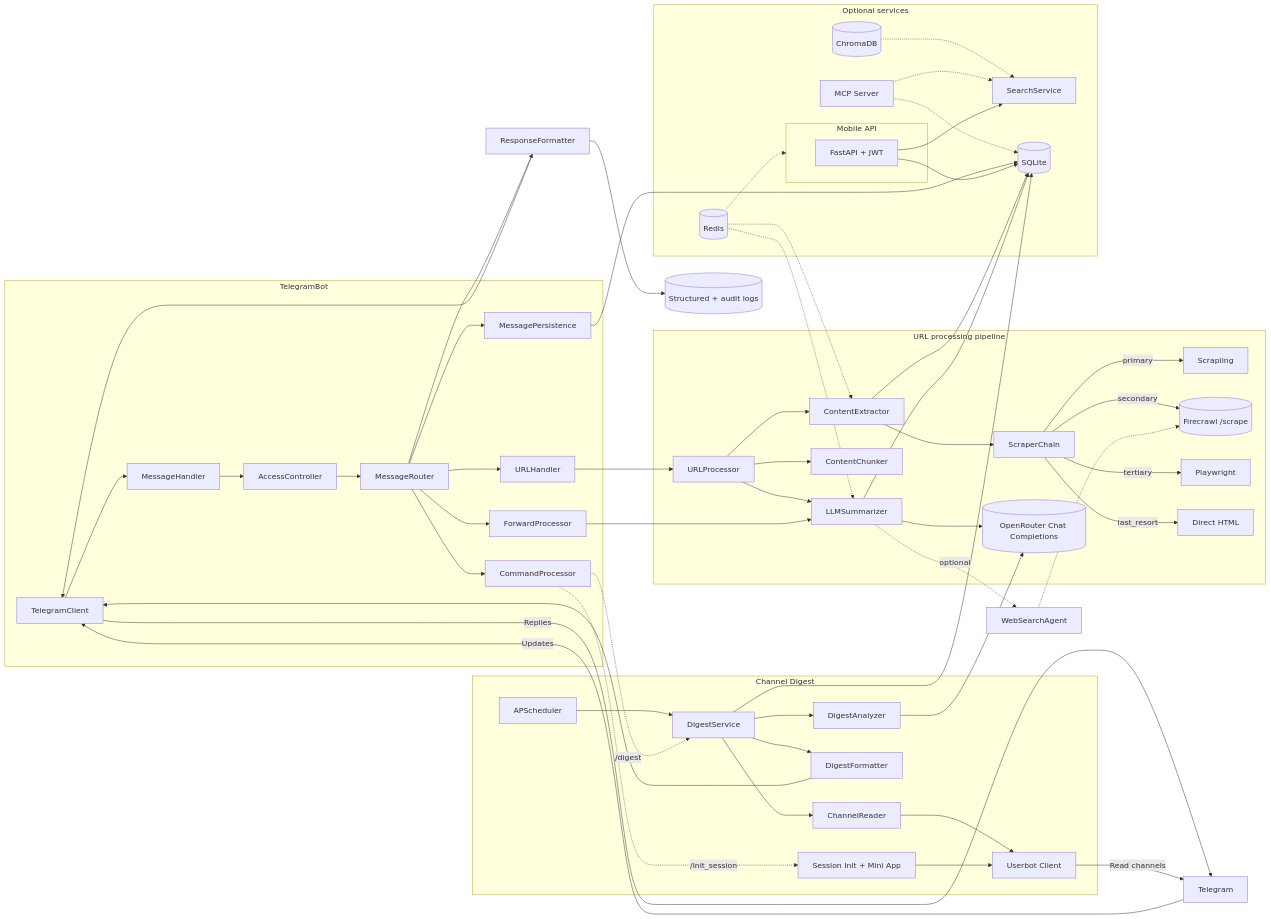
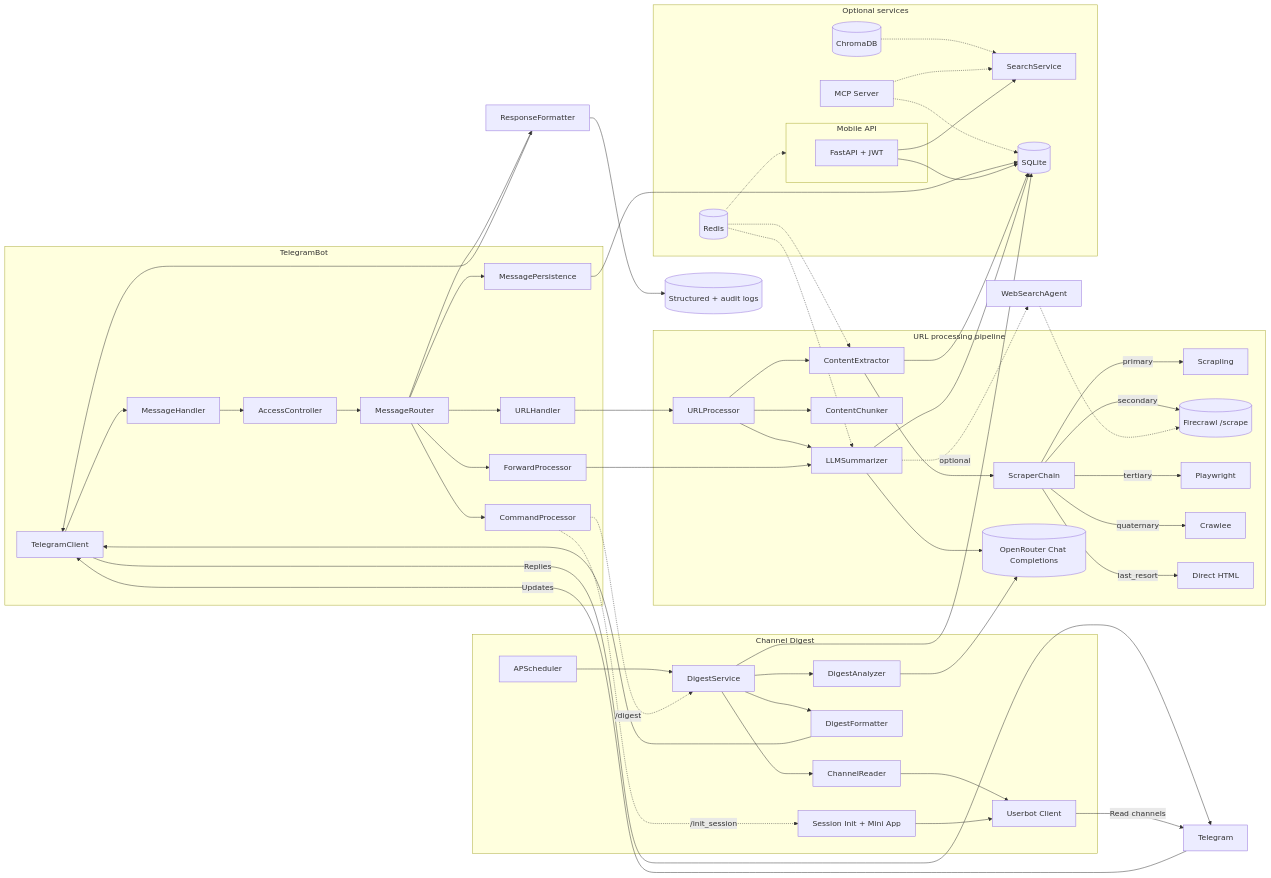
Before and after one commit to po4yka/bite-size-reader: the diagram in README.md, drawn with Mermaid. The commit also changed other lines of this file and 16 other files, not shown here.

Commit message:
feat(scraper): add crawlee hybrid fallback before direct_html

````diff
--- a/README.md
+++ b/README.md
@@ -63,66 +63,67 @@
 ```mermaid
 flowchart LR
   subgraph TelegramBot
     TGClient[TelegramClient] --> MsgHandler[MessageHandler]
     MsgHandler --> AccessController
     AccessController --> MessageRouter
     MessageRouter --> CommandProcessor
     MessageRouter --> URLHandler
     MessageRouter --> ForwardProcessor
     MessageRouter --> MessagePersistence
   end
 
   subgraph URLPipeline[URL processing pipeline]
     URLHandler --> URLProcessor
     URLProcessor --> ContentExtractor
     ContentExtractor --> ScraperChain[ScraperChain]
     ScraperChain -->|primary| Scrapling[Scrapling]
     ScraperChain -->|secondary| Firecrawl[(Firecrawl /scrape)]
     ScraperChain -->|tertiary| Playwright[Playwright]
+    ScraperChain -->|quaternary| Crawlee[Crawlee]
     ScraperChain -->|last_resort| DirectHTML[Direct HTML]
     URLProcessor --> ContentChunker
     URLProcessor --> LLMSummarizer
     LLMSummarizer --> OpenRouter[(OpenRouter Chat Completions)]
   end
 
   subgraph DigestPipeline[Channel Digest]
     Scheduler[APScheduler] --> DigestService
     CommandProcessor -.->|/digest| DigestService
     DigestService --> ChannelReader
     ChannelReader --> UserbotClient[Userbot Client]
     DigestService --> DigestAnalyzer
     DigestAnalyzer --> OpenRouter
     DigestService --> DigestFormatter
     DigestFormatter --> TGClient
     CommandProcessor -.->|/init_session| SessionInit[Session Init + Mini App]
     SessionInit --> UserbotClient
   end
 
   subgraph OptionalServices[Optional services]
     Redis[(Redis)] -.-> ContentExtractor
     Redis -.-> LLMSummarizer
     Redis -.-> MobileAPI
     ChromaDB[(ChromaDB)] -.-> SearchService
     MCPServer[MCP Server] -.-> SQLite
     MCPServer -.-> SearchService
   end
 
   ForwardProcessor --> LLMSummarizer
   LLMSummarizer -.->| optional | WebSearch[WebSearchAgent]
   WebSearch -.-> Firecrawl
   ContentExtractor --> SQLite[(SQLite)]
   MessagePersistence --> SQLite
   LLMSummarizer --> SQLite
   DigestService --> SQLite
   MessageRouter --> ResponseFormatter
   ResponseFormatter --> TGClient
   TGClient -->| Replies | Telegram
   Telegram -->| Updates | TGClient
   UserbotClient -->| Read channels | Telegram
   ResponseFormatter --> Logs[(Structured + audit logs)]
 
   subgraph MobileAPI[Mobile API]
     FastAPI[FastAPI + JWT] --> SQLite
     FastAPI --> SearchService[SearchService]
   end
 ```
````
